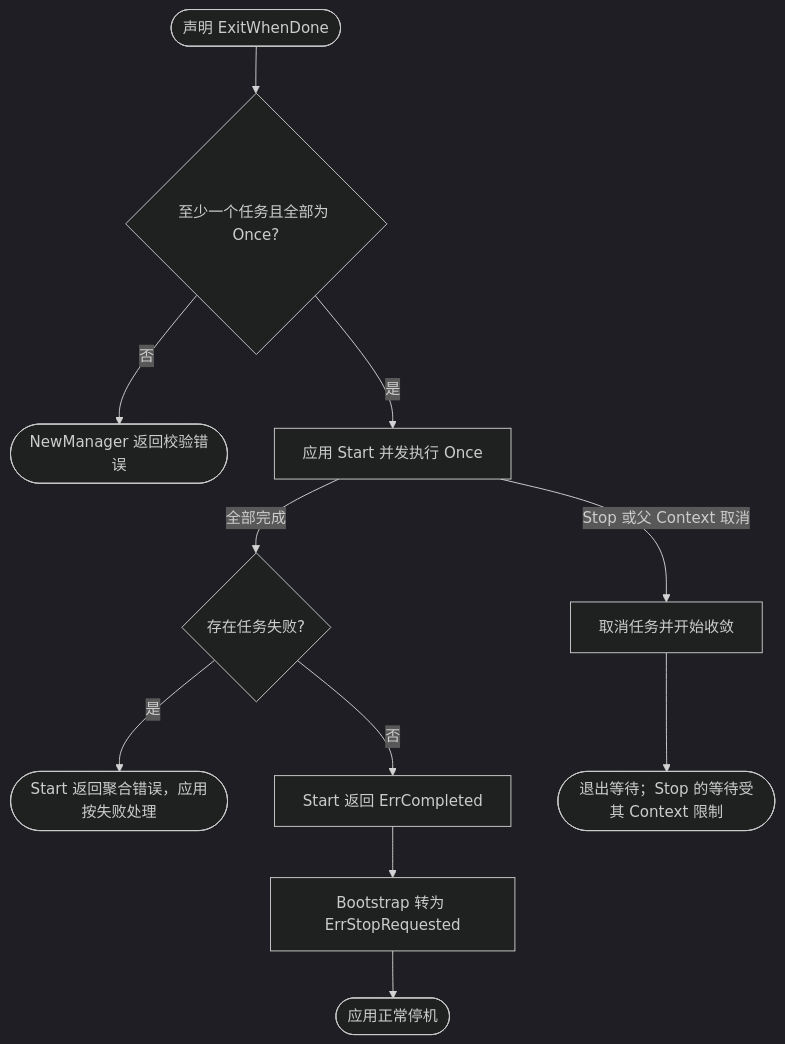
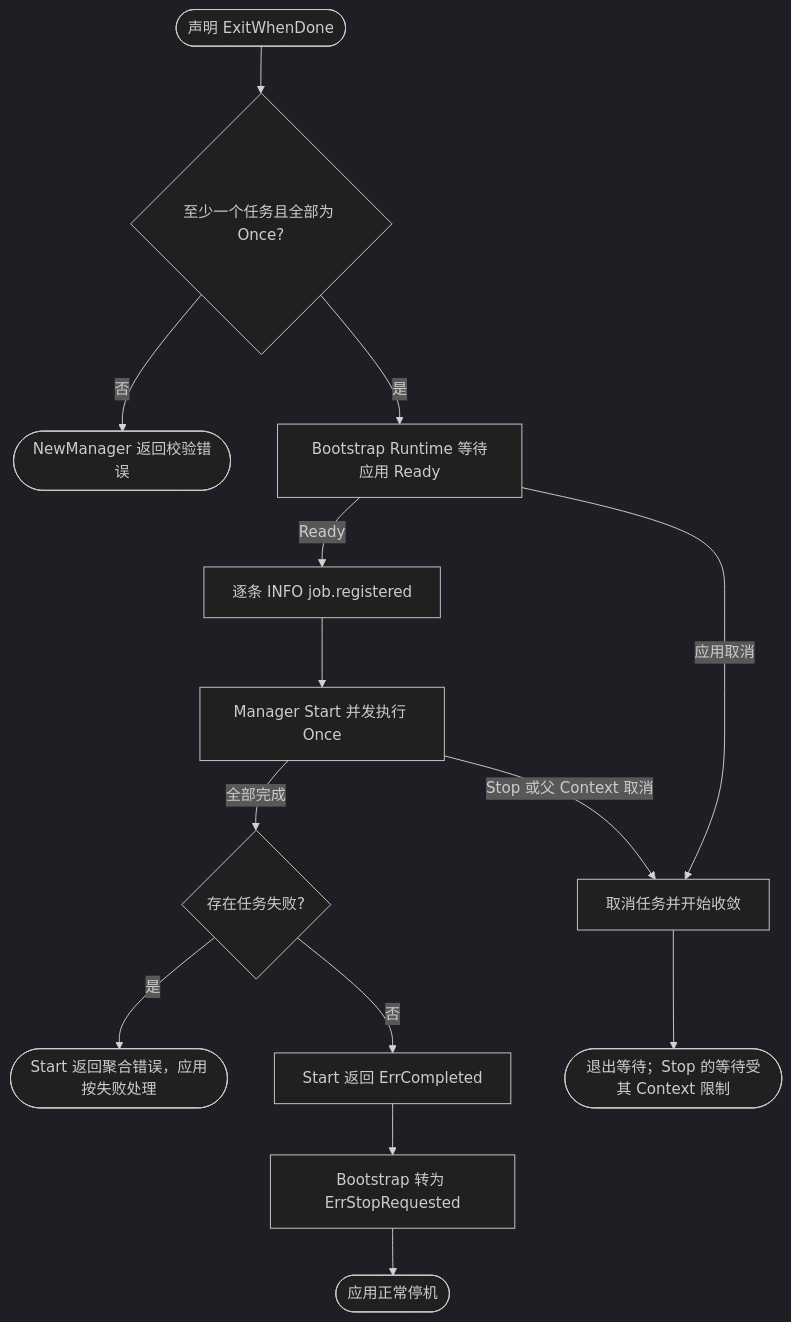
One commit to jaggerzhuang1994/kratos-foundation changed the third of 6 diagrams in pkg/job/README.md. Above: the diagram before and after it, drawn with Mermaid (dark theme). The commit also changed other lines of this file and 122 other files, not shown here.

````diff
--- a/pkg/job/README.md
+++ b/pkg/job/README.md
@@ -137,13 +143,16 @@
 ```mermaid
 flowchart TD
     A([声明 ExitWhenDone]) --> B{至少一个任务且全部为 Once?}
     B -- 否 --> C([NewManager 返回校验错误])
-    B -- 是 --> D[应用 Start 并发执行 Once]
+    B -- 是 --> BA[Bootstrap Runtime 等待应用 Ready]
+    BA -- 应用取消 --> J
+    BA -- Ready --> BB[逐条 INFO job.registered]
+    BB --> D[Manager Start 并发执行 Once]
     D -- 全部完成 --> E{存在任务失败?}
     E -- 是 --> F([Start 返回聚合错误，应用按失败处理])
     E -- 否 --> G[Start 返回 ErrCompleted]
     G --> H[Bootstrap 转为 ErrStopRequested]
     H --> I([应用正常停机])
     D -- Stop 或父 Context 取消 --> J[取消任务并开始收敛]
     J --> K([退出等待；Stop 的等待受其 Context 限制])
 ```
````
